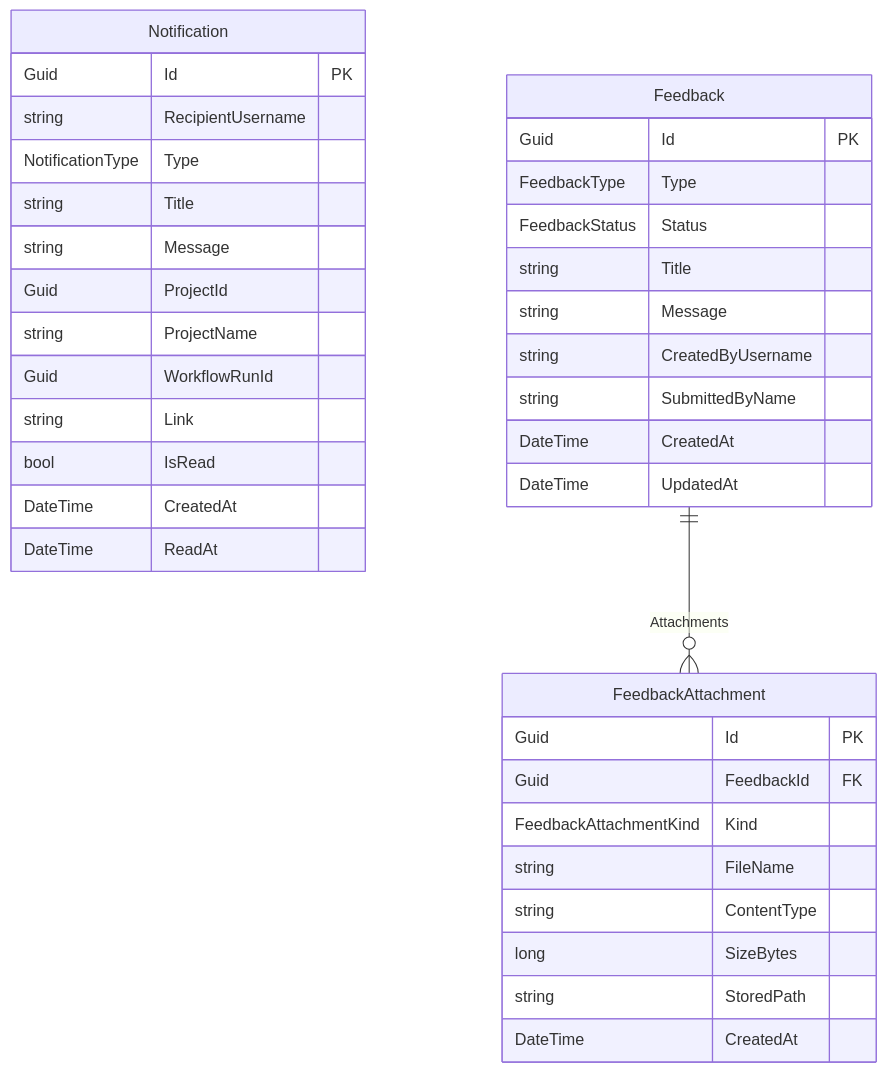
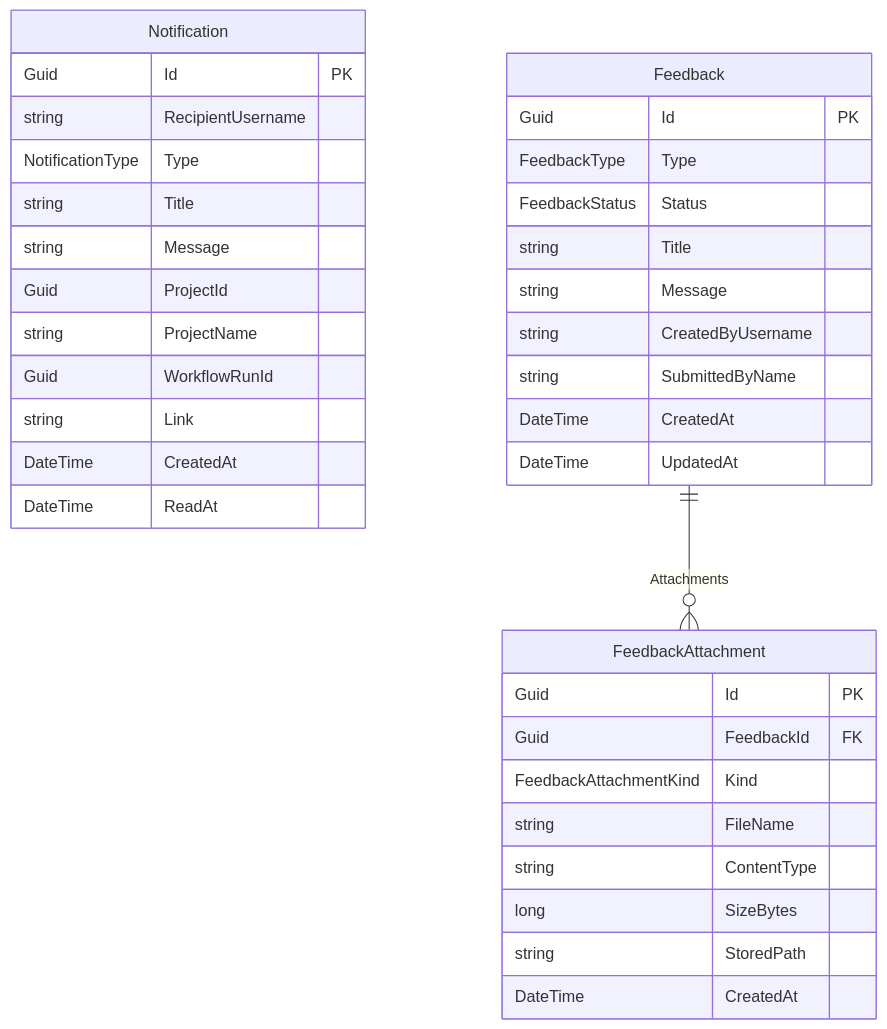
The seventh of 9 diagrams in docs/data-model.md (Songlong0506/ICOGenerator-v4), drawn with Mermaid before and after one commit. The commit also changed other lines of this file and 41 other files, not shown here.

````diff
--- a/docs/data-model.md
+++ b/docs/data-model.md
@@ -427,42 +427,41 @@
 ```mermaid
 erDiagram
     Notification {
         Guid Id PK
         string RecipientUsername
         NotificationType Type
         string Title
         string Message
         Guid ProjectId
         string ProjectName
         Guid WorkflowRunId
         string Link
-        bool IsRead
         DateTime CreatedAt
         DateTime ReadAt
     }
 
     Feedback {
         Guid Id PK
         FeedbackType Type
         FeedbackStatus Status
         string Title
         string Message
         string CreatedByUsername
         string SubmittedByName
         DateTime CreatedAt
         DateTime UpdatedAt
     }
 
     FeedbackAttachment {
         Guid Id PK
         Guid FeedbackId FK
         FeedbackAttachmentKind Kind
         string FileName
         string ContentType
         long SizeBytes
         string StoredPath
         DateTime CreatedAt
     }
 
     Feedback ||--o{ FeedbackAttachment : Attachments
 ```
````
